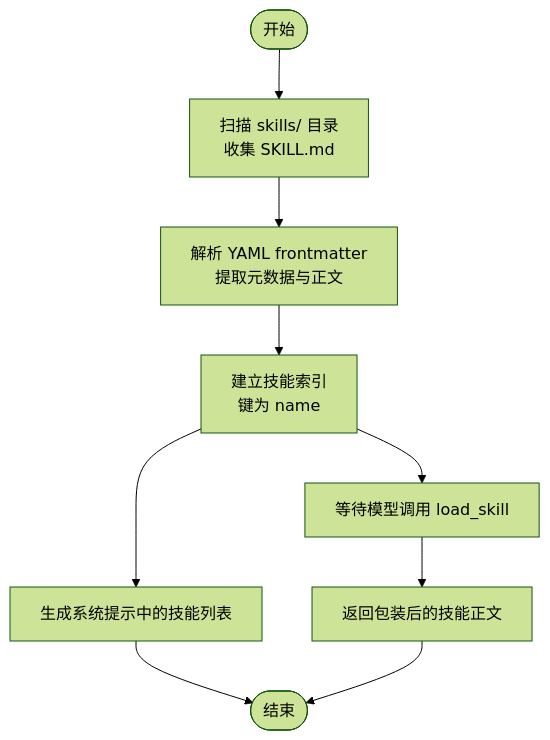
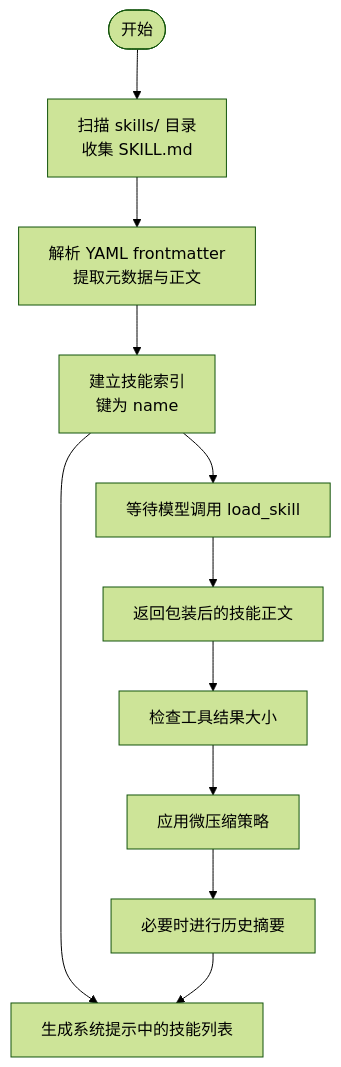
The fourth of 6 diagrams in .qoder/repowiki/zh/content/规划与知识管理/技能按需加载系统.md (haolange/learn-claude-code), drawn with Mermaid (forest theme) before and after one commit. The commit also changed other lines of this file and 6 other files, not shown here.

````diff
--- a/.qoder/repowiki/zh/content/规划与知识管理/技能按需加载系统.md
+++ b/.qoder/repowiki/zh/content/规划与知识管理/技能按需加载系统.md
@@ -168,11 +200,13 @@
 ```mermaid
 flowchart TD
 Start(["开始"]) --> Scan["扫描 skills/ 目录<br/>收集 SKILL.md"]
 Scan --> Parse["解析 YAML frontmatter<br/>提取元数据与正文"]
 Parse --> Index["建立技能索引<br/>键为 name"]
 Index --> Layer1["生成系统提示中的技能列表"]
 Index --> Wait["等待模型调用 load_skill"]
 Wait --> Layer2["返回包装后的技能正文"]
-Layer1 --> End(["结束"])
-Layer2 --> End
+Layer2 --> Budget["检查工具结果大小"]
+Budget --> MicroCompact["应用微压缩策略"]
+MicroCompact --> HistorySummary["必要时进行历史摘要"]
+HistorySummary --> Layer1
 ```
````
